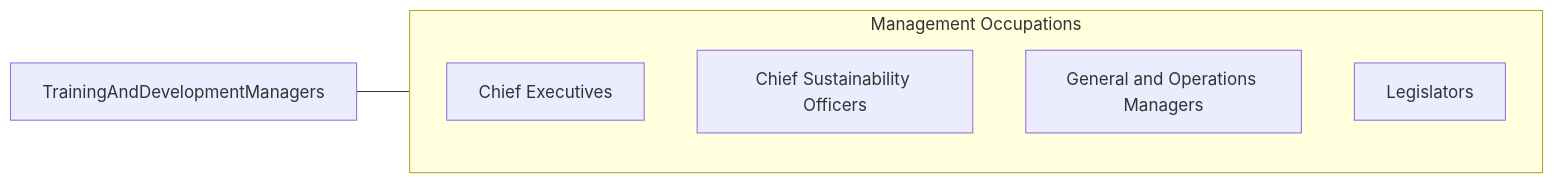
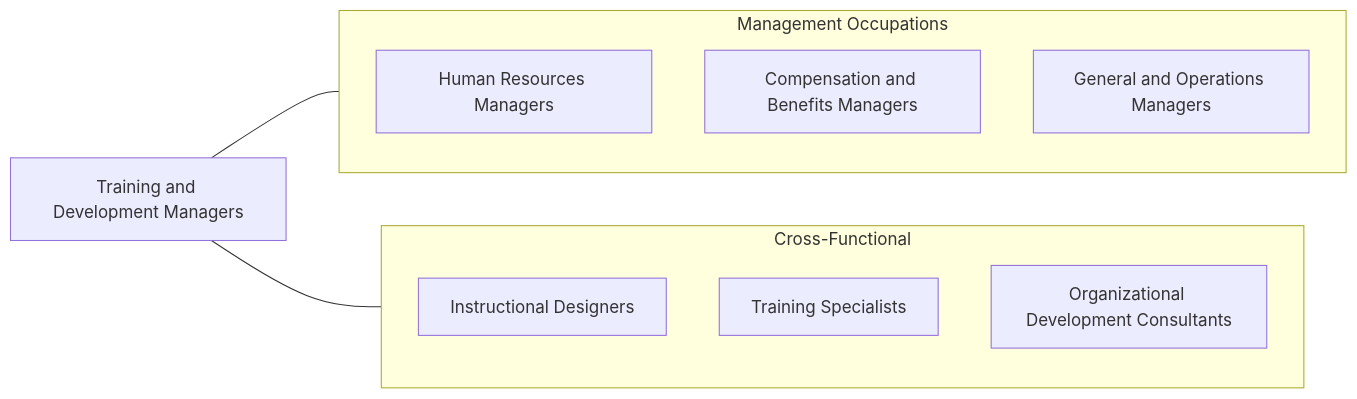
One commit to kziemski/business.org.ai changed the fourth of 4 diagrams in occupations/Management/TrainingAndDevelopmentManagers.mdx. Above: the diagram before and after it, drawn with Mermaid. The commit also changed other lines of this file and 938 other files, not shown here.

````diff
--- a/occupations/Management/TrainingAndDevelopmentManagers.mdx
+++ b/occupations/Management/TrainingAndDevelopmentManagers.mdx
@@ -112,13 +164,19 @@
 ```mermaid
 graph LR
-    Current["TrainingAndDevelopmentManagers"]
+    TDM["Training and Development Managers"]
 
     subgraph SameCategory["Management Occupations"]
-        ChiefExecutives["Chief Executives"]
-        ChiefSustainabilityO["Chief Sustainability Officers"]
-        GeneralAndOperations["General and Operations Managers"]
-        Legislators["Legislators"]
+        HR["Human Resources Managers"]
+        CB["Compensation and Benefits Managers"]
+        GOps["General and Operations Managers"]
     end
 
-    Current --- SameCategory
+    subgraph CrossFunctional["Cross-Functional"]
+        ID["Instructional Designers"]
+        TDS["Training Specialists"]
+        OD["Organizational Development Consultants"]
+    end
+
+    TDM --- SameCategory
+    TDM --- CrossFunctional
 ```
````
